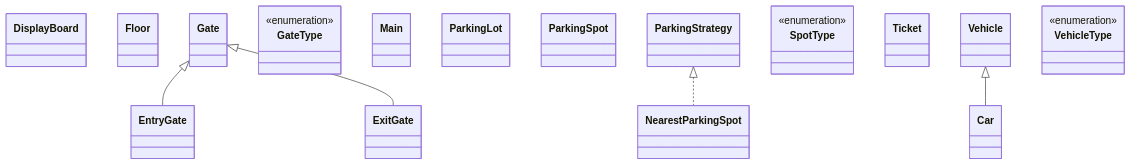
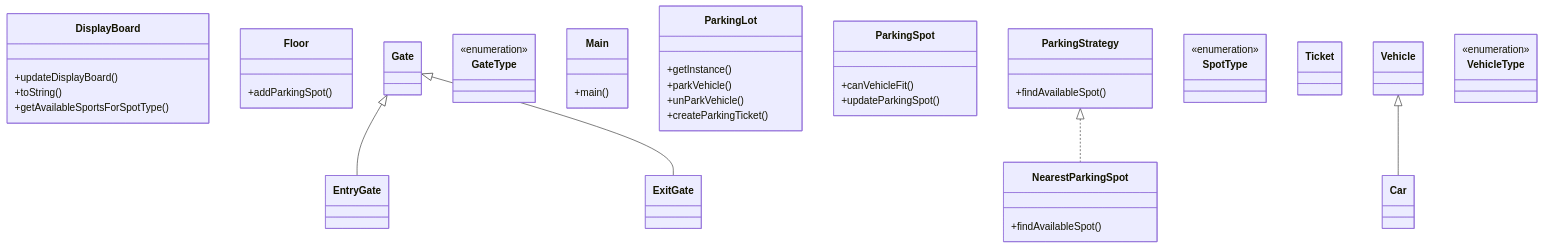
One commit to amanjaiswal30/dsa-solutions changed the diagram in questions/low_level_design/01_parking_lot_system_lld.md. Above: the diagram before and after it, drawn with Mermaid. The commit also changed other lines of this file and 210 other files, not shown here.

````diff
--- a/questions/low_level_design/01_parking_lot_system_lld.md
+++ b/questions/low_level_design/01_parking_lot_system_lld.md
@@ -67,29 +67,49 @@
 ```mermaid
 classDiagram
     class Car
-    class DisplayBoard
+    class DisplayBoard {
+        +updateDisplayBoard()
+        +toString()
+        +getAvailableSportsForSpotType()
+    }
     class EntryGate
     class ExitGate
-    class Floor
+    class Floor {
+        +addParkingSpot()
+    }
     class Gate
     class GateType {
         <<enumeration>>
     }
-    class Main
-    class NearestParkingSpot
-    class ParkingLot
-    class ParkingSpot
-    class ParkingStrategy
+    class Main {
+        +main()
+    }
+    class NearestParkingSpot {
+        +findAvailableSpot()
+    }
+    class ParkingLot {
+        +getInstance()
+        +parkVehicle()
+        +unParkVehicle()
+        +createParkingTicket()
+    }
+    class ParkingSpot {
+        +canVehicleFit()
+        +updateParkingSpot()
+    }
+    class ParkingStrategy {
+        +findAvailableSpot()
+    }
     class SpotType {
         <<enumeration>>
     }
     class Ticket
     class Vehicle
     class VehicleType {
         <<enumeration>>
     }
     Vehicle <|-- Car
     Gate <|-- EntryGate
     Gate <|-- ExitGate
     ParkingStrategy <|.. NearestParkingSpot
 ```
````
